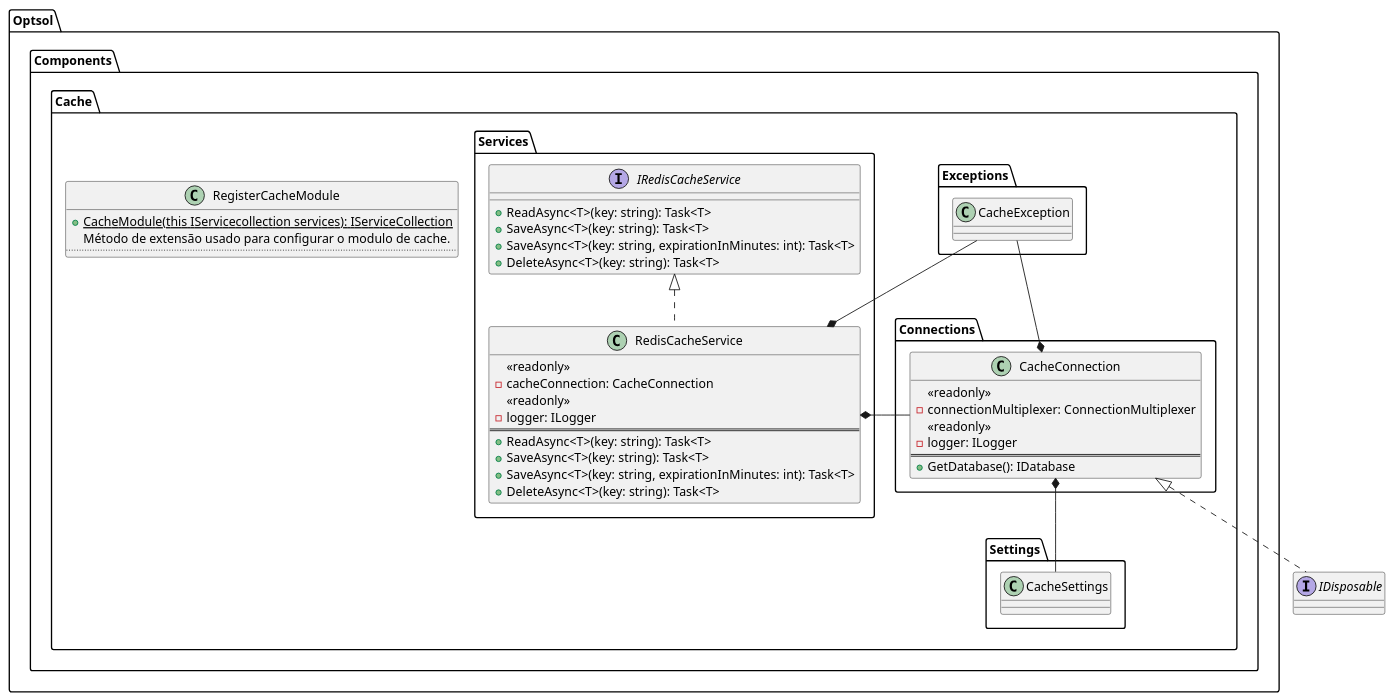
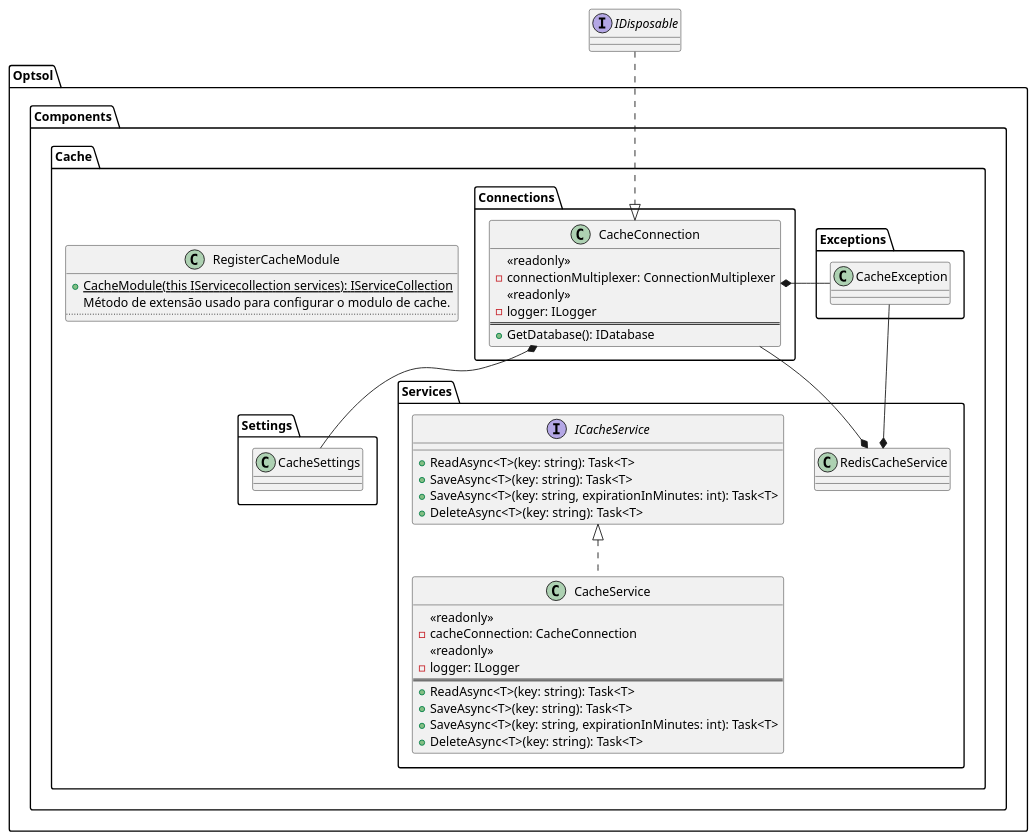
One commit to optsoldev/components-cache-package changed the diagram in cache.puml. Above: the diagram before and after it, drawn with PlantUML. The commit also changed 22 other files, not shown here.

```diff
--- a/cache.puml
+++ b/cache.puml
@@ -1,61 +1,61 @@
 @startuml component-cache
 
 interface IDisposable
 
 package Optsol.Components.Cache {
 
     package Exceptions {
         class CacheException
     }
 
     package Settings {
         class CacheSettings
     }
 
     package Connections {
         class CacheConnection {
             <<readonly>>
             - connectionMultiplexer: ConnectionMultiplexer
             <<readonly>>
             - logger: ILogger
             ==
             + GetDatabase(): IDatabase
         }
 
-         CacheConnection <|.. IDisposable
-         CacheConnection *-- CacheSettings
-         CacheConnection *- CacheException
+        IDisposable ..|> CacheConnection
+        CacheConnection *-- CacheSettings
+        CacheConnection *- CacheException
     }
 
     package Services {
-        interface IRedisCacheService {
+        interface ICacheService {
             + ReadAsync<T>(key: string): Task<T>
             + SaveAsync<T>(key: string): Task<T>
             + SaveAsync<T>(key: string, expirationInMinutes: int): Task<T>
             + DeleteAsync<T>(key: string): Task<T>
         }
 
-        class RedisCacheService implements IRedisCacheService {
+        class CacheService implements ICacheService {
             <<readonly>>
             - cacheConnection: CacheConnection
             <<readonly>>
             - logger: ILogger
             ==
             + ReadAsync<T>(key: string): Task<T>
             + SaveAsync<T>(key: string): Task<T>
             + SaveAsync<T>(key: string, expirationInMinutes: int): Task<T>
             + DeleteAsync<T>(key: string): Task<T>
         }
 
         RedisCacheService *- CacheConnection
         CacheException --* RedisCacheService
     }
 
     class RegisterCacheModule {
         + {static} CacheModule(this IServicecollection services): IServiceCollection
         Método de extensão usado para configurar o modulo de cache.
         ..
     }
 }
 
 @enduml
```
